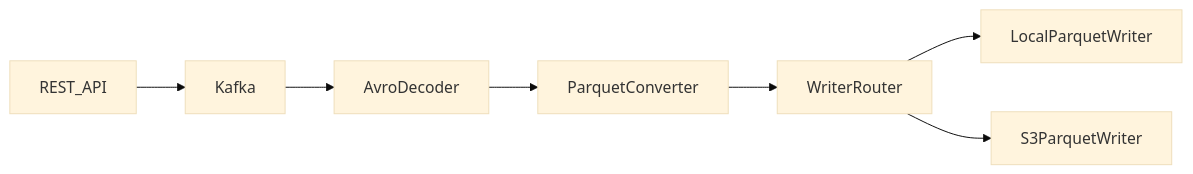
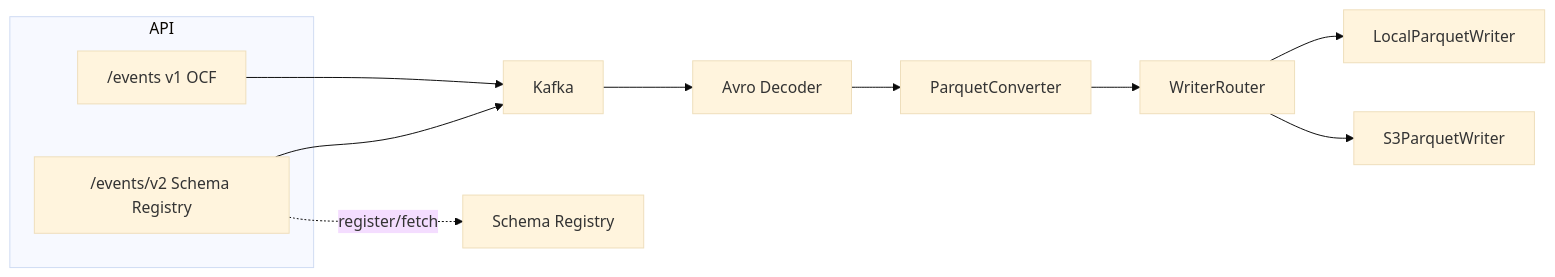
One commit to edoatley/kafka-rest-api-to-s3 changed the diagram in README.md. Above: the diagram before and after it, drawn with Mermaid (base theme). The commit also changed other lines of this file and 17 other files, not shown here.

Commit message:
Add Schema Registry support to Kafka event processing and update demo workflow

````diff
--- a/README.md
+++ b/README.md
@@ -11,9 +15,15 @@
 ```mermaid
 flowchart LR
-  Api[REST_API] --> Kafka[Kafka]
-  Kafka --> Decoder[AvroDecoder]
+  subgraph api [API]
+    V1["/events v1 OCF"]
+    V2["/events/v2 Schema Registry"]
+  end
+  V1 --> Kafka[Kafka]
+  V2 --> Kafka
+  V2 -.->|register/fetch| SR[Schema Registry]
+  Kafka --> Decoder[Avro Decoder]
   Decoder --> Parquet[ParquetConverter]
   Parquet --> Writer[WriterRouter]
   Writer --> Local[LocalParquetWriter]
   Writer --> S3[S3ParquetWriter]
 ```
````
